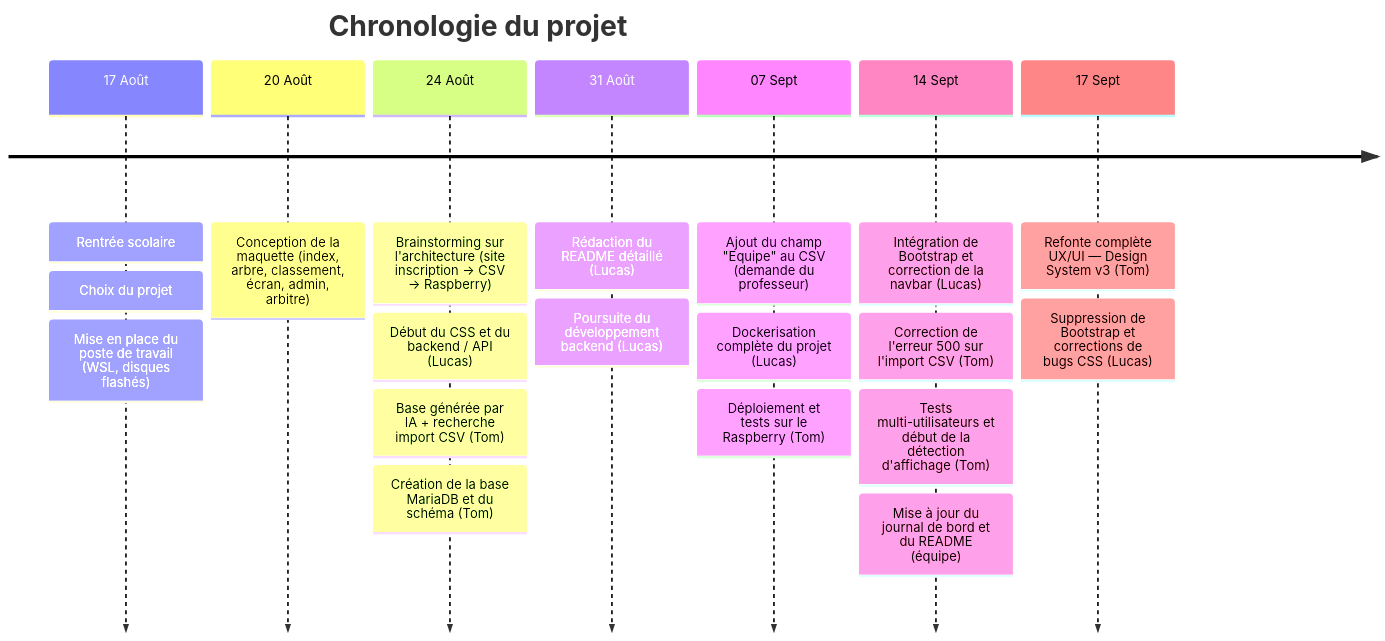
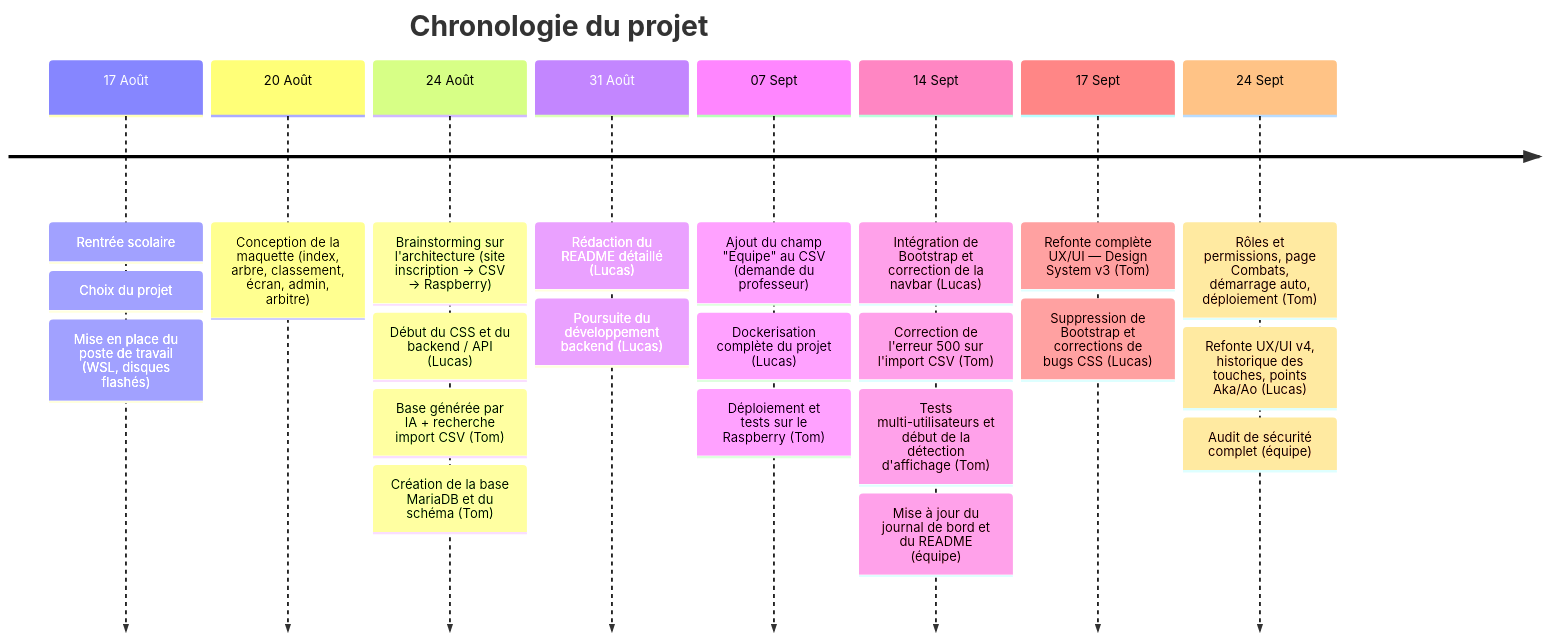
One commit to CFPT-AWEB-PH/2026-27_I.DA-P3B_LuTo changed the first of 3 diagrams in journalDeBord.md. Above: the diagram before and after it, drawn with Mermaid. The commit also changed other lines of this file, not shown here.

First line of the commit message:
Implement roles, UI redesign, and security audit

````diff
--- a/journalDeBord.md
+++ b/journalDeBord.md
@@ -11,23 +11,26 @@
 ```mermaid
 timeline
     title Chronologie du projet
     17 Août : Rentrée scolaire
             : Choix du projet
             : Mise en place du poste de travail (WSL, disques flashés)
     20 Août : Conception de la maquette (index, arbre, classement, écran, admin, arbitre)
     24 Août : Brainstorming sur l'architecture (site inscription → CSV → Raspberry)
             : Début du CSS et du backend / API (Lucas)
             : Base générée par IA + recherche import CSV (Tom)
             : Création de la base MariaDB et du schéma (Tom)
     31 Août : Rédaction du README détaillé (Lucas)
             : Poursuite du développement backend (Lucas)
     07 Sept : Ajout du champ "Equipe" au CSV (demande du professeur)
             : Dockerisation complète du projet (Lucas)
             : Déploiement et tests sur le Raspberry (Tom)
     14 Sept : Intégration de Bootstrap et correction de la navbar (Lucas)
             : Correction de l'erreur 500 sur l'import CSV (Tom)
             : Tests multi-utilisateurs et début de la détection d'affichage (Tom)
             : Mise à jour du journal de bord et du README (équipe)
     17 Sept : Refonte complète UX/UI — Design System v3 (Tom)
             : Suppression de Bootstrap et corrections de bugs CSS (Lucas)
+    24 Sept : Rôles et permissions, page Combats, démarrage auto, déploiement (Tom)
+            : Refonte UX/UI v4, historique des touches, points Aka/Ao (Lucas)
+            : Audit de sécurité complet (équipe)
 ```
````
